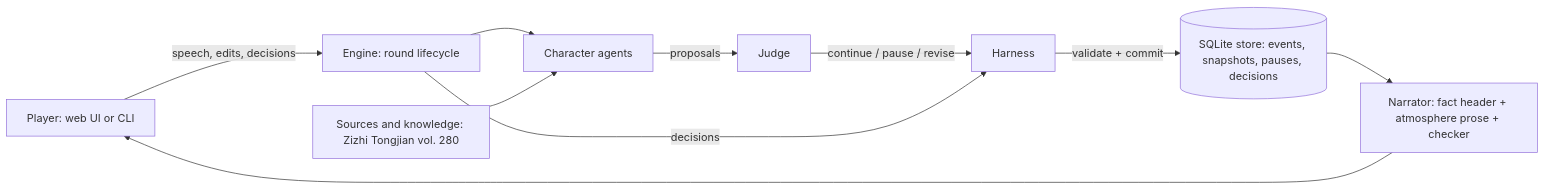
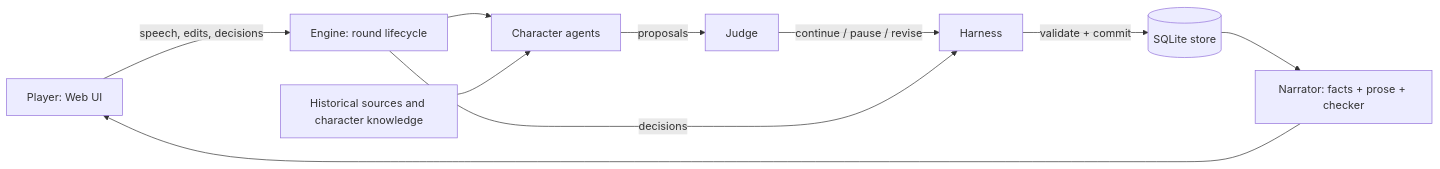
Before and after one commit to leisure-cloud05/jinyang-pact: the diagram in README.md, drawn with Mermaid. The commit also changed other lines of this file and 3 other files, not shown here.

````diff
--- a/README.md
+++ b/README.md
@@ -17,12 +13,12 @@
 ```mermaid
 flowchart LR
-  P[Player: web UI or CLI] -->|speech, edits, decisions| E[Engine: round lifecycle]
-  E --> C[Character agents]
-  C -->|proposals| J[Judge]
-  J -->|continue / pause / revise| H[Harness]
-  E -->|decisions| H
-  H -->|validate + commit| S[(SQLite store: events, snapshots, pauses, decisions)]
-  S --> N[Narrator: fact header + atmosphere prose + checker]
-  N --> P
-  K[Sources and knowledge: Zizhi Tongjian vol. 280] --> C
+    P[Player: Web UI] -->|speech, edits, decisions| E[Engine: round lifecycle]
+    E --> C[Character agents]
+    C -->|proposals| J[Judge]
+    J -->|continue / pause / revise| H[Harness]
+    E -->|decisions| H
+    H -->|validate + commit| S[(SQLite store)]
+    S --> N[Narrator: facts + prose + checker]
+    N --> P
+    K[Historical sources and character knowledge] --> C
 ```
````
